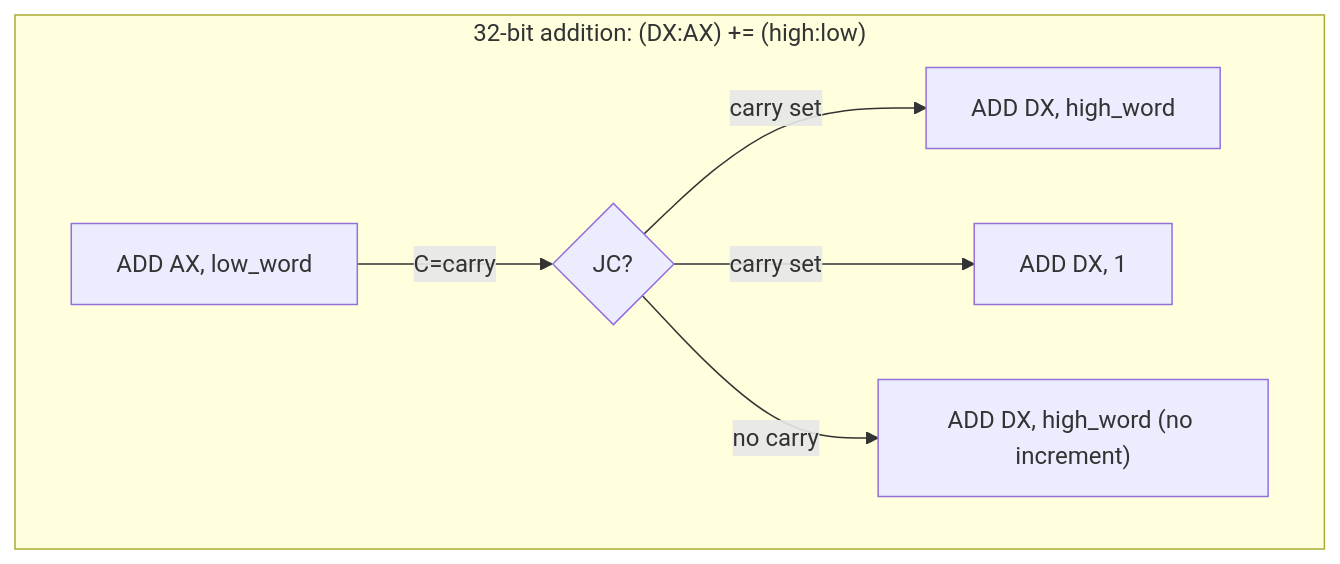
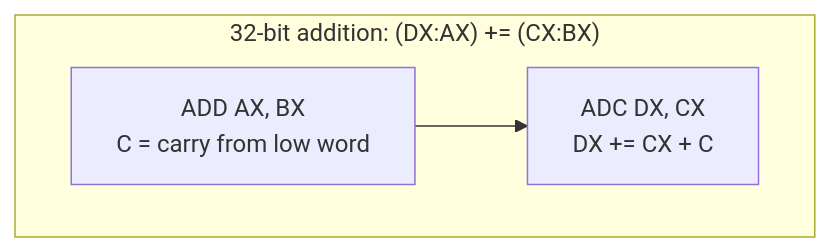
The eighth of 20 diagrams in website/content/docs/en/isa/flags-behavior.mdx (MinecAnton209/NovumOS-16bit), drawn with Mermaid before and after one commit. The commit also changed other lines of this file and 18 other files, not shown here.

````diff
--- a/website/content/docs/en/isa/flags-behavior.mdx
+++ b/website/content/docs/en/isa/flags-behavior.mdx
@@ -313,9 +325,6 @@
 ```mermaid
 flowchart TD
-    subgraph "32-bit addition: (DX:AX) += (high:low)"
-        A1["ADD AX, low_word"] -->|"C=carry"| CHECK{JC?}
-        CHECK -->|"carry set"| C1["ADD DX, high_word"]
-        CHECK -->|"carry set"| C2["ADD DX, 1"]
-        CHECK -->|"no carry"| C3["ADD DX, high_word (no increment)"]
+    subgraph "32-bit addition: (DX:AX) += (CX:BX)"
+        A1["ADD AX, BX<br/>C = carry from low word"] --> A2["ADC DX, CX<br/>DX += CX + C"]
     end
 ```
````
